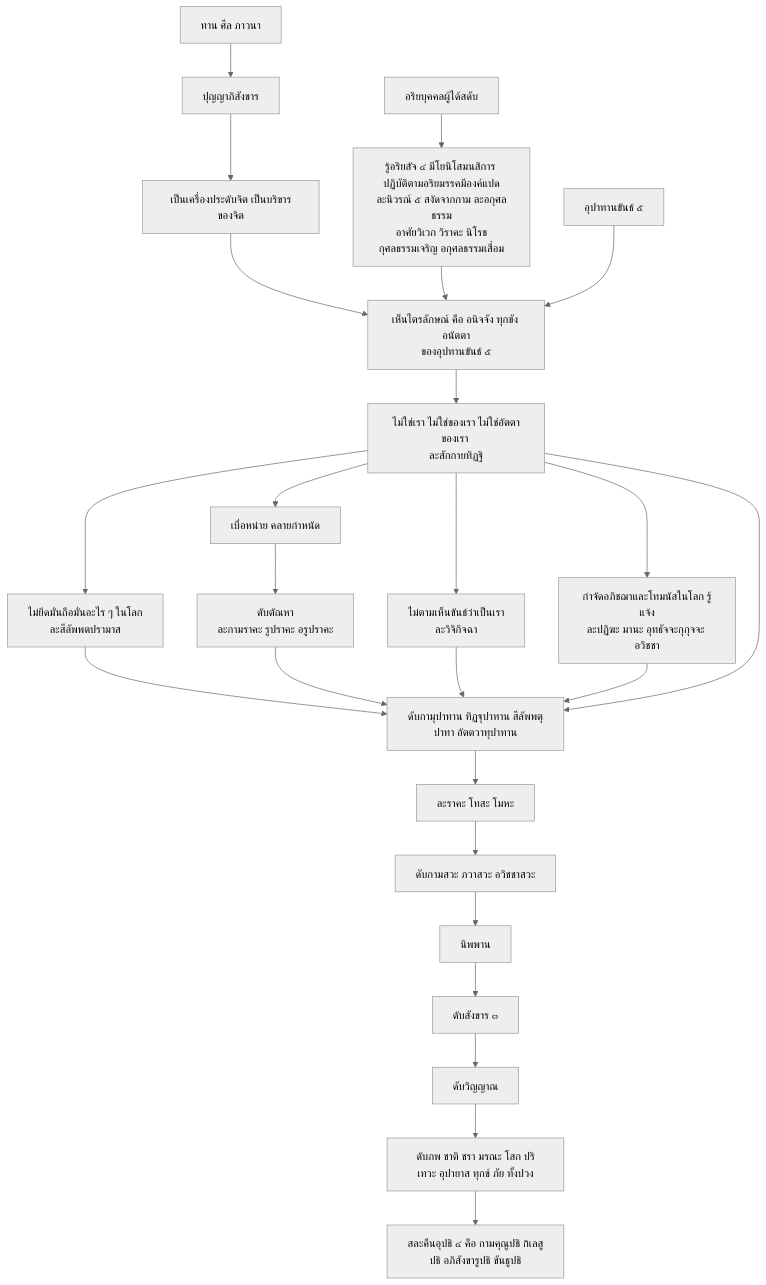
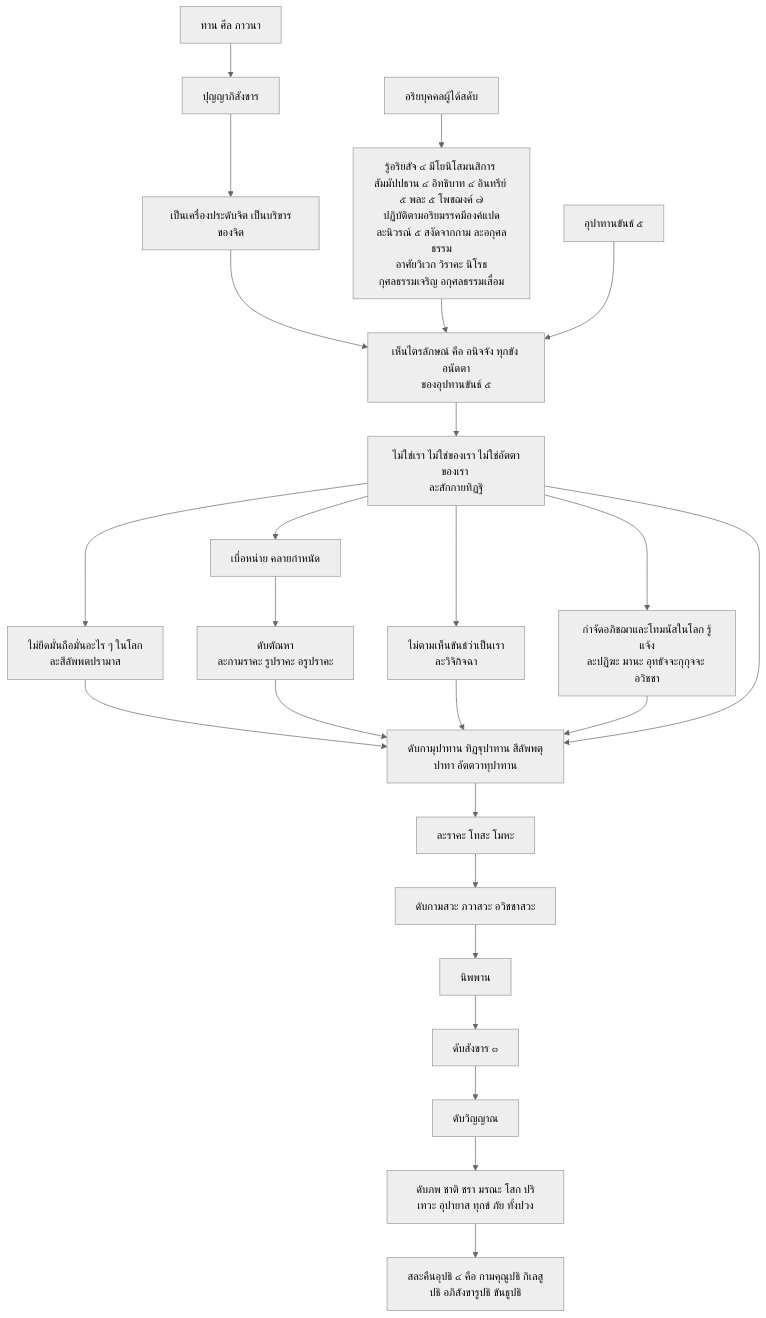
The second of 2 diagrams in README.md (Kietpawpan/buddism), drawn with Mermaid (neutral theme) before and after one commit.

````diff
--- a/README.md
+++ b/README.md
@@ -36,13 +36,13 @@
 ```mermaid
 flowchart TD
 TA[ทาน ศีล ภาวนา]-->PY[ปุญญาภิสังขาร]-->JI[เป็นเครื่องประดับจิต เป็นบริขารของจิต]-->Q
 AR[อริยบุคคลผู้ได้สดับ]-->MK
-MK[รู้อริยสัจ ๔ มีโยนิโสมนสิการ \nปฏิบัติตามอริยมรรคมีองค์แปด\nละนิวรณ์ ๕ สงัดจากกาม ละอกุศลธรรม\nอาศัยวิเวก วิราคะ นิโรธ\nกุศลธรรมเจริญ อกุศลธรรมเสื่อม]-->Q
+MK[รู้อริยสัจ ๔ มีโยนิโสมนสิการ สัมมัปปธาน ๔ อิทธิบาท ๔ อินทรีย์ ๕ พละ ๕ โพชฌงค์ ๗\nปฏิบัติตามอริยมรรคมีองค์แปด\nละนิวรณ์ ๕ สงัดจากกาม ละอกุศลธรรม\nอาศัยวิเวก วิราคะ นิโรธ\nกุศลธรรมเจริญ อกุศลธรรมเสื่อม]-->Q
 P[อุปาทานขันธ์ ๕]-->Q[เห็นไตรลักษณ์ คือ อนิจจัง ทุกขัง อนัตตา\nของอุปทานขันธ์ ๕]-->R[ไม่ใช่เรา ไม่ใช่ของเรา ไม่ใช่อัตตาของเรา \nละสักกายทิฏฐิ]
 R-->U[ไม่ยึดมั่นถือมั่นอะไร ๆ ในโลก \nละสีลัพพตปรามาส]-->W[ดับกามุปาทาน ทิฏฐุปาทาน สีลัพพตุปาทา อัตตวาทุปาทาน]-->AA[ละราคะ โทสะ โมหะ]-->AB[ดับกามสวะ ภวาสวะ อวิชชาสวะ]-->X[นิพพาน]-->V[ดับสังขาร ๓]-->AD[ดับวิญญาณ]-->AC[ดับภพ ชาติ ชรา มรณะ โสก ปริเทวะ อุปายาส ทุกข์ ภัย ทั้งปวง]-->UP[สละคืนอุปธิ ๔ คือ กามคุณูปธิ กิเลสูปธิ อภิสังขารูปธิ ขันธูปธิ]
 R-->S[เบื่อหน่าย คลายกำหนัด]-->T[ดับตัณหา \nละกามราคะ รูปราคะ อรูปราคะ]
 T-->W
 R-->Y[ไม่ตามเห็นขันธ์ว่าเป็นเรา \nละวิจิกิจฉา]-->W
 R-->Z[กำจัดอภิชฌาและโทมนัสในโลก รู้แจ้ง\nละปฏิฆะ มานะ อุทธัจจะกุกุจจะ อวิชชา]-->W
 R-->W
 ```
````
